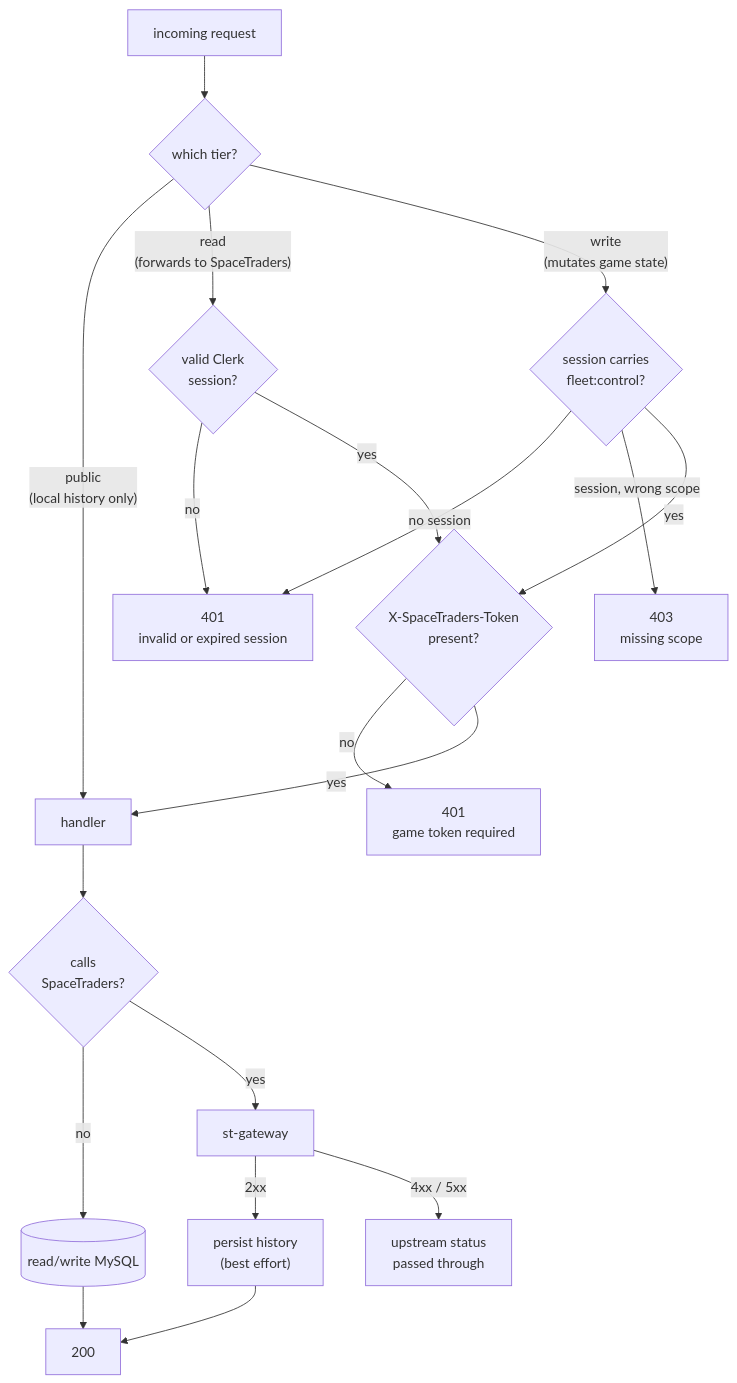
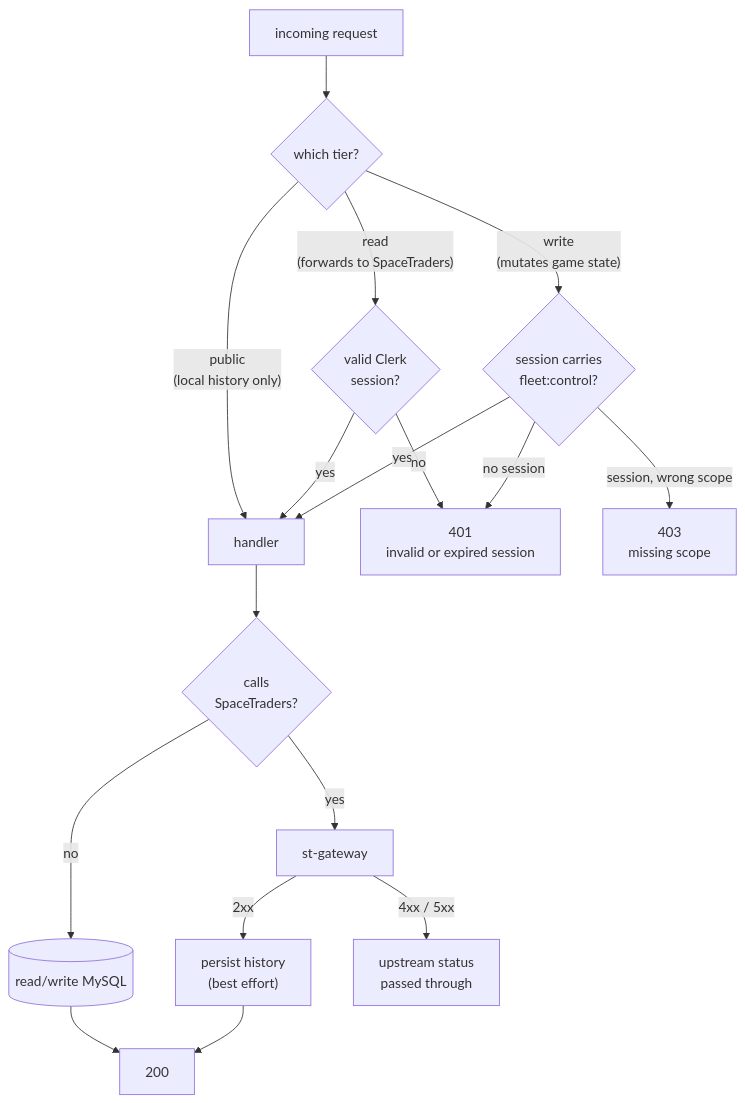
Before and after one commit to V-M-Pioneer-Trading/agent-service: the second of 3 diagrams in README.md, drawn with Mermaid. The commit also changed other lines of this file and 11 other files, not shown here.

````diff
--- a/README.md
+++ b/README.md
@@ -62,24 +57,21 @@
 ```mermaid
 flowchart TD
     req["incoming request"] --> tier{"which tier?"}
 
     tier -->|"public<br/>(local history only)"| handler["handler"]
 
     tier -->|"read<br/>(forwards to SpaceTraders)"| sess{"valid Clerk<br/>session?"}
     sess -->|no| e401["401<br/>invalid or expired session"]
-    sess -->|yes| game
+    sess -->|yes| handler
 
     tier -->|"write<br/>(mutates game state)"| scope{"session carries<br/>fleet:control?"}
     scope -->|no session| e401
     scope -->|"session, wrong scope"| e403["403<br/>missing scope"]
-    scope -->|yes| game
-
-    game{"X-SpaceTraders-Token<br/>present?"} -->|no| e401game["401<br/>game token required"]
-    game -->|yes| handler
+    scope -->|yes| handler
 
     handler --> up{"calls<br/>SpaceTraders?"}
     up -->|no| db[("read/write MySQL")] --> ok["200"]
     up -->|yes| gw["st-gateway"]
     gw -->|"2xx"| persist["persist history<br/>(best effort)"] --> ok
     gw -->|"4xx / 5xx"| passthru["upstream status<br/>passed through"]
 ```
````
